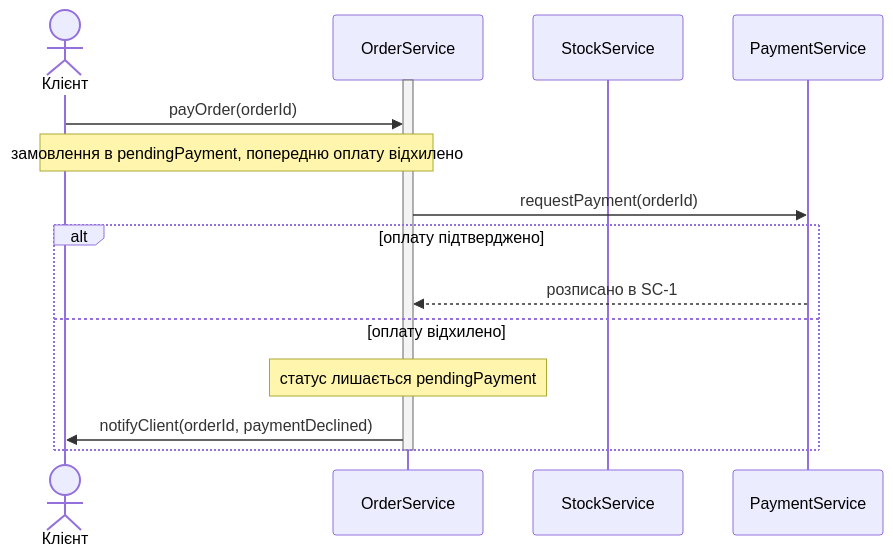
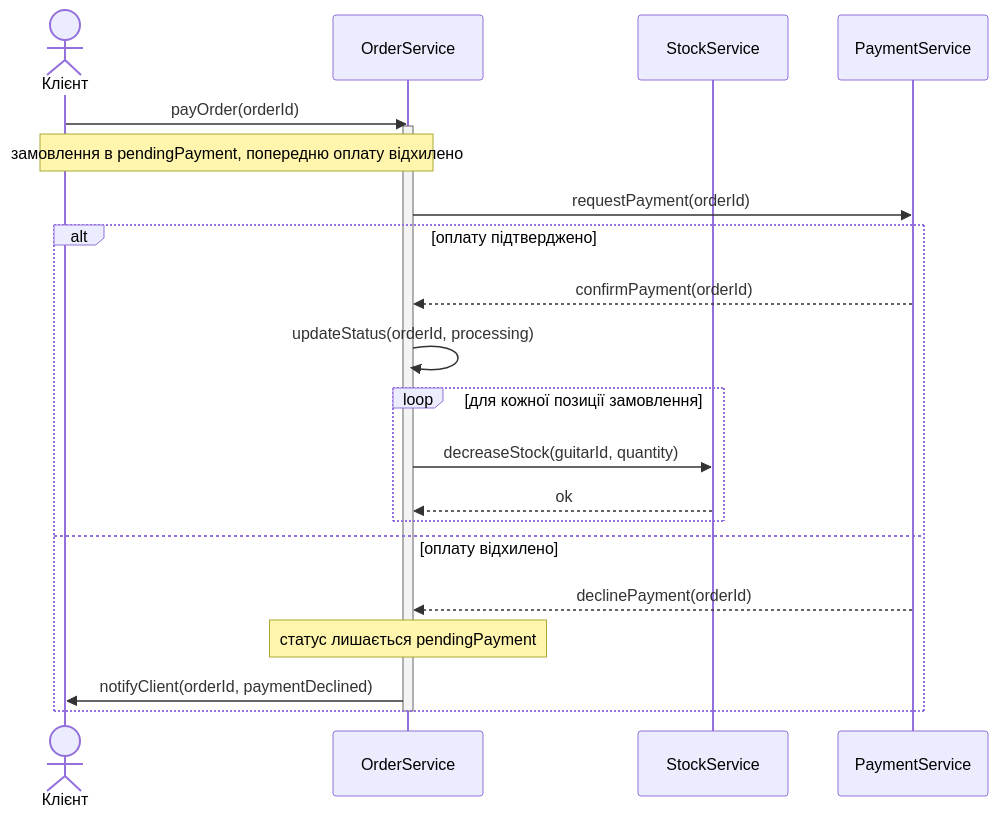
One commit to skhtrntyjt/KPI2 changed the second of 3 diagrams in lab3/sequence-diagrams.md. Above: the diagram before and after it, drawn with Mermaid. The commit also changed other lines of this file, not shown here.

Commit message:
Update sequence diagrams for payment processes

````diff
--- a/lab3/sequence-diagrams.md
+++ b/lab3/sequence-diagrams.md
@@ -37,19 +28,25 @@
 ```mermaid
 sequenceDiagram
     actor Клієнт
     participant OrderService
     participant StockService
     participant PaymentService
 
+    Клієнт ->> OrderService: payOrder(orderId)
     activate OrderService
-    Клієнт ->> OrderService: payOrder(orderId)
     Note over Клієнт,OrderService: замовлення в pendingPayment, попередню оплату відхилено
     OrderService ->> PaymentService: requestPayment(orderId)
     alt оплату підтверджено
-        PaymentService -->> OrderService: розписано в SC-1
+        PaymentService -->> OrderService: confirmPayment(orderId)
+        OrderService ->> OrderService: updateStatus(orderId, processing)
+        loop для кожної позиції замовлення
+            OrderService ->> StockService: decreaseStock(guitarId, quantity)
+            StockService -->> OrderService: ok
+        end
     else оплату відхилено
+        PaymentService -->> OrderService: declinePayment(orderId)
         Note over OrderService: статус лишається pendingPayment
         OrderService ->> Клієнт: notifyClient(orderId, paymentDeclined)
     end
     deactivate OrderService
 ```
````
